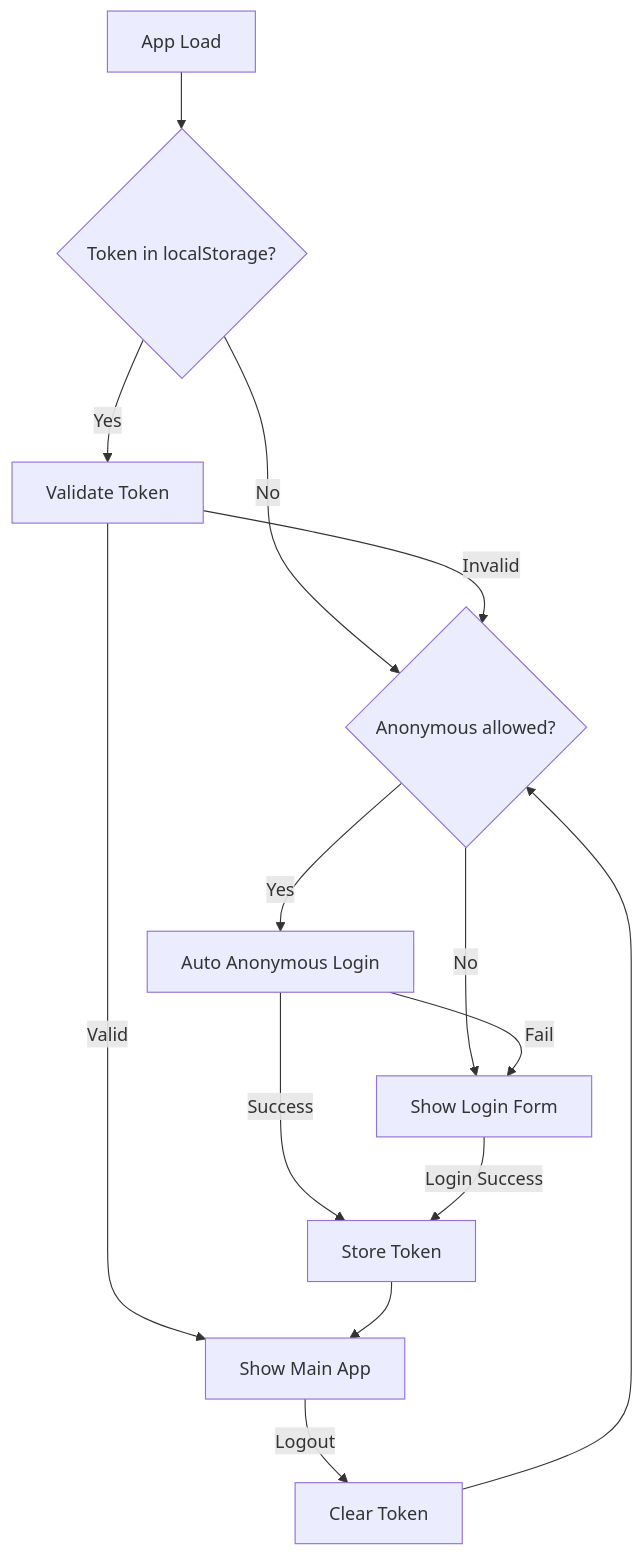
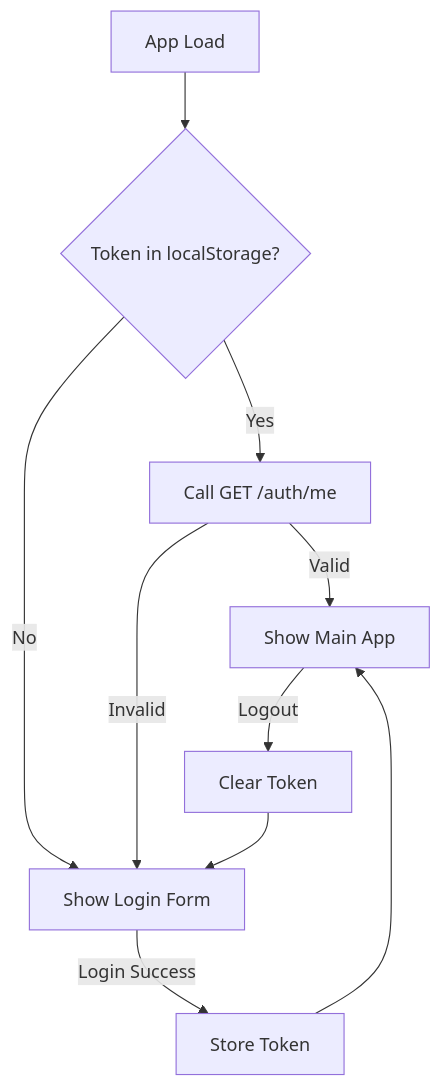
The diagram in docs/auth/003-frontend-auth.md (irium/rt-mcp), drawn with Mermaid before and after one commit. The commit also changed other lines of this file and 4 other files, not shown here.

````diff
--- a/docs/auth/003-frontend-auth.md
+++ b/docs/auth/003-frontend-auth.md
@@ -146,16 +320,12 @@
 ```mermaid
 flowchart TD
     A[App Load] --> B{Token in localStorage?}
-    B -->|No| H{Anonymous allowed?}
-    B -->|Yes| D[Validate Token]
-    H -->|Yes| I[Auto Anonymous Login]
-    H -->|No| C[Show Login Form]
-    I -->|Success| F[Store Token]
-    I -->|Fail| C
-    D -->|Valid| E[Show Main App]
-    D -->|Invalid| H
-    C -->|Login Success| F
+    B -->|Yes| C[Call GET /auth/me]
+    B -->|No| D[Show Login Form]
+    C -->|Valid| E[Show Main App]
+    C -->|Invalid| D
+    D -->|Login Success| F[Store Token]
     F --> E
     E -->|Logout| G[Clear Token]
-    G --> H
+    G --> D
 ```
````
